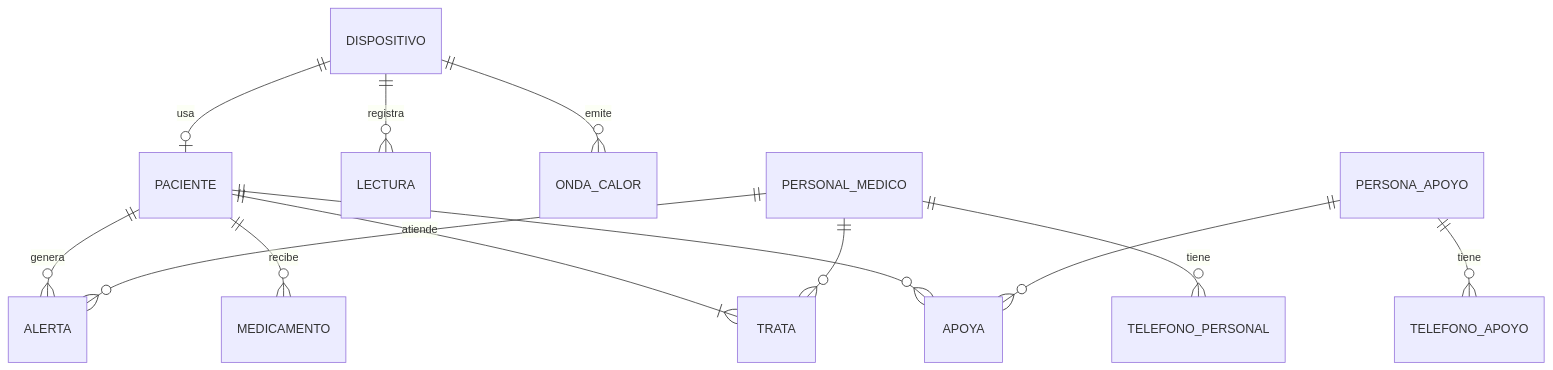
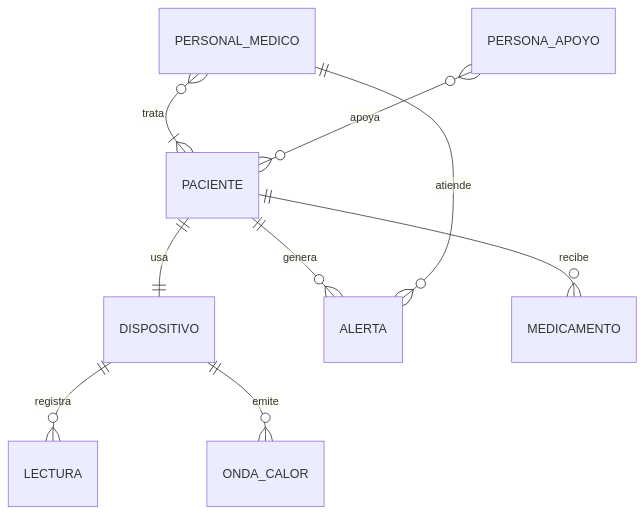
The third of 3 diagrams in README.md (Fedlui/TermoCare), drawn with Mermaid before and after one commit. The commit also changed other lines of this file and 3 other files, not shown here.

````diff
--- a/README.md
+++ b/README.md
@@ -76,15 +179,11 @@
 ```mermaid
 erDiagram
-    DISPOSITIVO ||--o| PACIENTE : usa
+    PACIENTE ||--|| DISPOSITIVO : usa
     DISPOSITIVO ||--o{ LECTURA : registra
     DISPOSITIVO ||--o{ ONDA_CALOR : emite
     PACIENTE ||--o{ ALERTA : genera
     PACIENTE ||--o{ MEDICAMENTO : recibe
-    PACIENTE ||--|{ TRATA : ""
-    PERSONAL_MEDICO ||--o{ TRATA : ""
-    PACIENTE ||--o{ APOYA : ""
-    PERSONA_APOYO ||--o{ APOYA : ""
+    PERSONAL_MEDICO }o--|{ PACIENTE : trata
+    PERSONA_APOYO }o--o{ PACIENTE : apoya
     PERSONAL_MEDICO ||--o{ ALERTA : atiende
-    PERSONAL_MEDICO ||--o{ TELEFONO_PERSONAL : tiene
-    PERSONA_APOYO ||--o{ TELEFONO_APOYO : tiene
 ```
````
